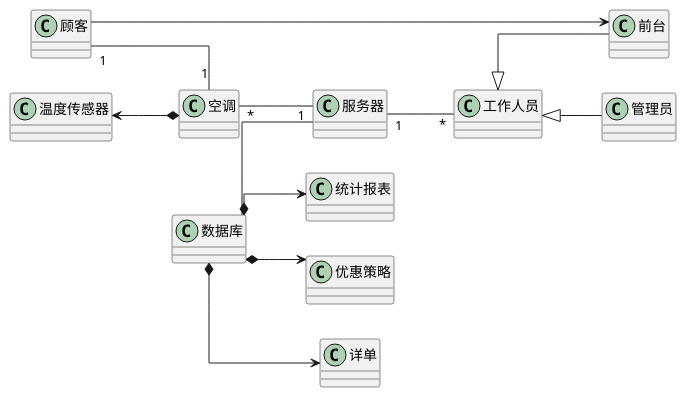
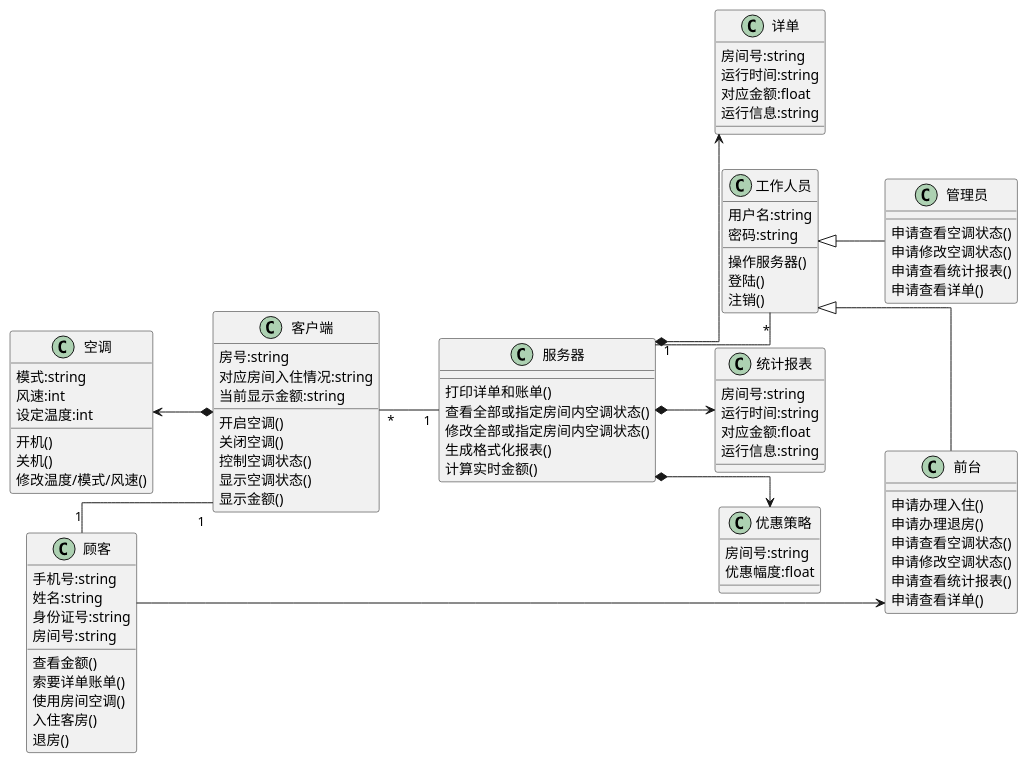
The diagram in Doc&Ref/Phase2/活动图和uml/uml.wsd (RiddMa/SoftwareEngineering2021), drawn with PlantUML before and after one commit. The commit also changed 13 other files, not shown here.

Commit message:
修改对应位置的类图、活动图，部分流程和缺省

```diff
--- a/Doc&Ref/Phase2/活动图和uml/uml.wsd
+++ b/Doc&Ref/Phase2/活动图和uml/uml.wsd
@@ -1,23 +1,86 @@
-'空调 顾客 服务器 数据库 详单 管理员 前台 温度传感器 格式统计报表 优惠策略
 skinparam linetype ortho
 left to right direction
-class 空调
-class 顾客
-class 服务器
-class 数据库
-class 详单
-class 管理员
-class 前台
-class 温度传感器
-class 工作人员
+skinparam classAttributeIconSize 0
+class 客户端 {
+    房号:string
+    对应房间入住情况:string
+    当前显示金额:string
+    开启空调()
+    关闭空调()
+    控制空调状态()
+    显示空调状态()
+    显示金额()
+}
+class 顾客{
+    手机号:string
+    姓名:string
+    身份证号:string
+    房间号:string
+    查看金额()
+    索要详单账单()
+    使用房间空调()
+    入住客房()
+    退房()
+}
+class 服务器{
+    打印详单和账单()
+    查看全部或指定房间内空调状态()
+    修改全部或指定房间内空调状态()
+    生成格式化报表()
+    计算实时金额()
+}
+class 详单 {
+    房间号:string
+    运行时间:string
+    对应金额:float
+    运行信息:string
+}
+class 工作人员 {
+    用户名:string
+    密码:string
+    操作服务器()
+    登陆()
+    注销()
+}
+class 管理员 {
+    申请查看空调状态()
+    申请修改空调状态()
+    申请查看统计报表()
+    申请查看详单()
+}
+class 前台 {
+    申请办理入住()
+    申请办理退房()
+    申请查看空调状态()
+    申请修改空调状态()
+    申请查看统计报表()
+    申请查看详单()
+}
+class 空调 {
+    模式:string
+    风速:int
+    设定温度:int
+    开机()
+    关机()
+    修改温度/模式/风速()
+}
+class 统计报表 {
+    房间号:string
+    运行时间:string
+    对应金额:float
+    运行信息:string
+}
+class 优惠策略 {
+    房间号:string
+    优惠幅度:float
+}
 工作人员 <|-- 前台
 工作人员 <|-- 管理员
 服务器 "1"--"*" 工作人员
-数据库 -- 服务器
-空调 "*"--"1" 服务器
-温度传感器 <--* 空调
-顾客 "1"--"1" 空调
+客户端 "*"--"1" 服务器
+空调 <--* 客户端
+顾客 "1"--"1" 客户端
 顾客 --> 前台
-数据库 *--> 详单
-数据库 *--> 统计报表
-数据库 *--> 优惠策略
+服务器 *--> 详单
+服务器 *--> 统计报表
+服务器 *--> 优惠策略
```
